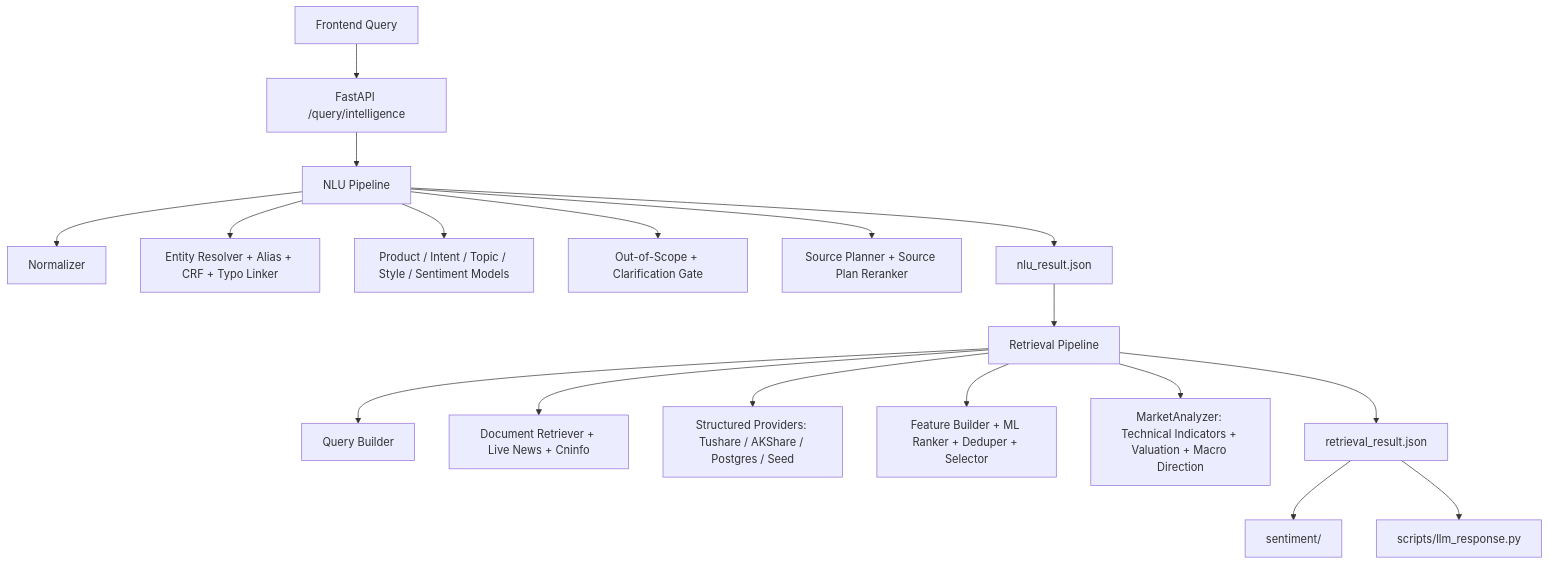
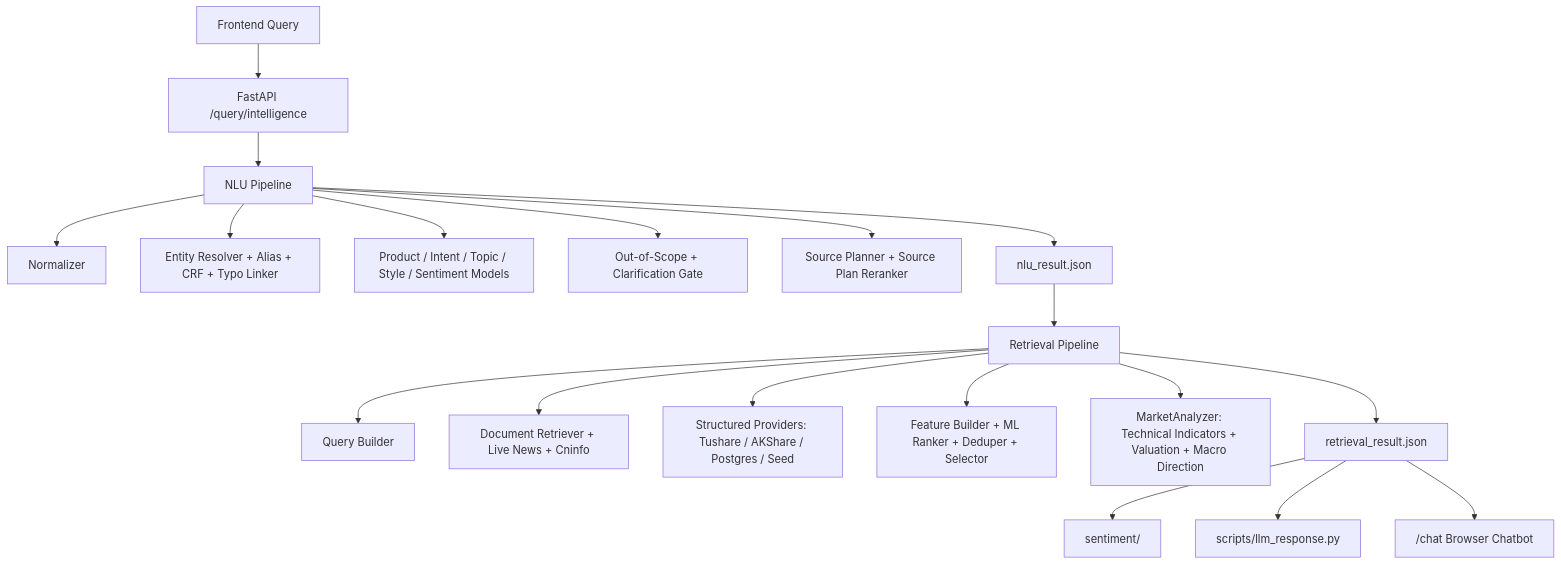
The diagram in docs/query-intelligence.md (OldLigant/ARIN7102), drawn with Mermaid before and after one commit. The commit also changed other lines of this file and 18 other files, not shown here.

````diff
--- a/docs/query-intelligence.md
+++ b/docs/query-intelligence.md
@@ -28,20 +28,21 @@
 ```mermaid
 flowchart TD
   A["Frontend Query"] --> B["FastAPI /query/intelligence"]
   B --> C["NLU Pipeline"]
   C --> C1["Normalizer"]
   C --> C2["Entity Resolver + Alias + CRF + Typo Linker"]
   C --> C3["Product / Intent / Topic / Style / Sentiment Models"]
   C --> C4["Out-of-Scope + Clarification Gate"]
   C --> C5["Source Planner + Source Plan Reranker"]
   C --> D["nlu_result.json"]
   D --> E["Retrieval Pipeline"]
   E --> E1["Query Builder"]
   E --> E2["Document Retriever + Live News + Cninfo"]
   E --> E3["Structured Providers: Tushare / AKShare / Postgres / Seed"]
   E --> E4["Feature Builder + ML Ranker + Deduper + Selector"]
   E --> E5["MarketAnalyzer: Technical Indicators + Valuation + Macro Direction"]
   E --> F["retrieval_result.json"]
   F --> G["sentiment/"]
   F --> H["scripts/llm_response.py"]
+  F --> I["/chat Browser Chatbot"]
 ```
````
